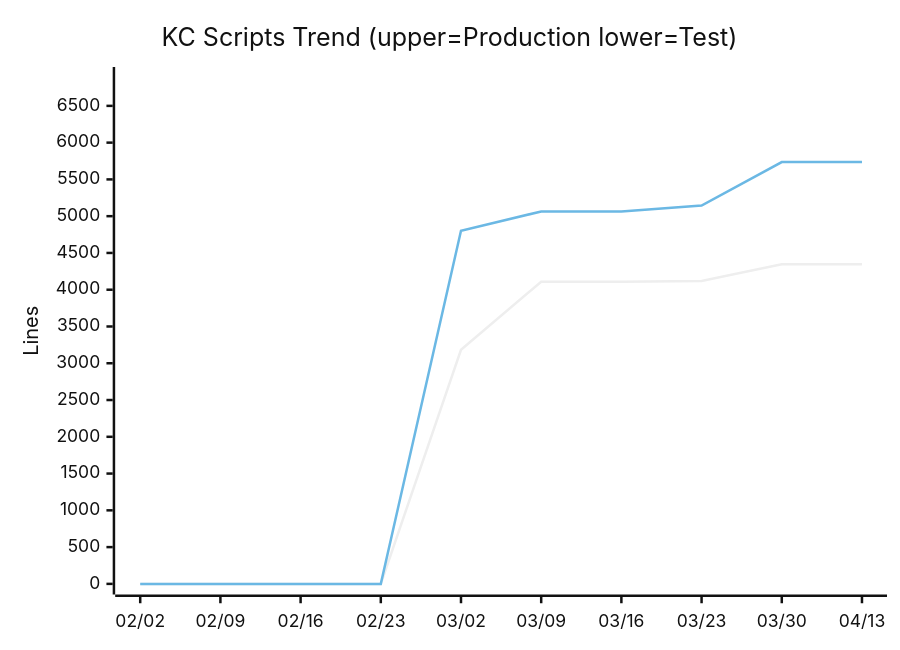
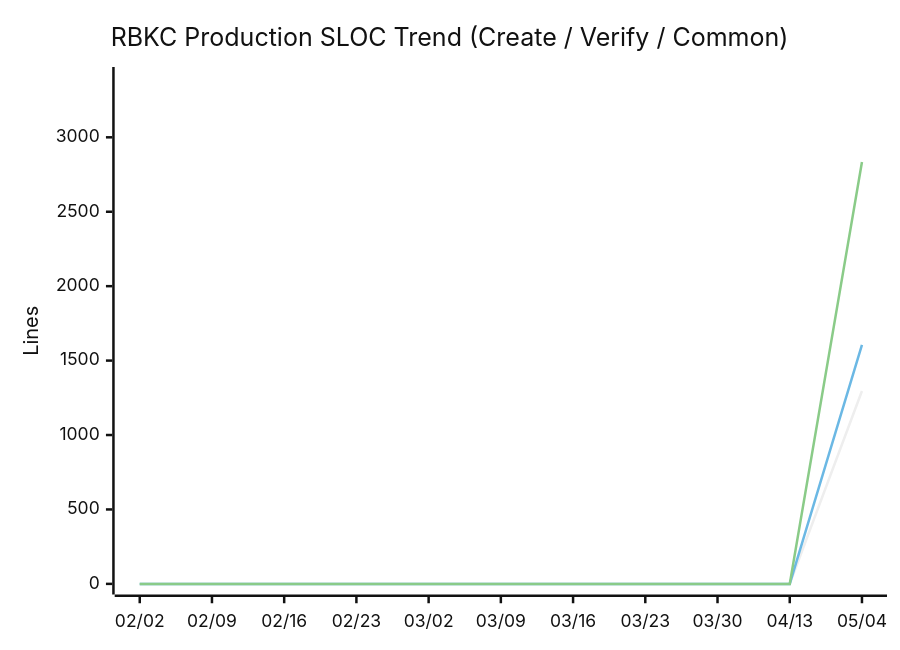
Before and after one commit to nablarch/nabledge-dev: diagram 11 of 14 in docs/metrics.md, drawn with Mermaid (neutral theme). The commit also changed other lines of this file and 2 other files, not shown here.

````diff
--- a/docs/metrics.md
+++ b/docs/metrics.md
@@ -142,8 +146,9 @@
 ```mermaid
 xychart-beta
-  title "KC Scripts Trend (upper=Production  lower=Test)"
-  x-axis ["02/02", "02/09", "02/16", "02/23", "03/02", "03/09", "03/16", "03/23", "03/30", "04/13"]
-  y-axis "Lines" 0 --> 6884
-  line [0, 0, 0, 0, 3183, 4109, 4109, 4119, 4347, 4347]
-  line [0, 0, 0, 0, 4802, 5064, 5064, 5145, 5736, 5736]
+  title "RBKC Production SLOC Trend (Create / Verify / Common)"
+  x-axis ["02/02", "02/09", "02/16", "02/23", "03/02", "03/09", "03/16", "03/23", "03/30", "04/13", "05/04"]
+  y-axis "Lines" 0 --> 3401
+  line [0, 0, 0, 0, 0, 0, 0, 0, 0, 0, 1296]
+  line [0, 0, 0, 0, 0, 0, 0, 0, 0, 0, 1606]
+  line [0, 0, 0, 0, 0, 0, 0, 0, 0, 0, 2834]
 ```
````
